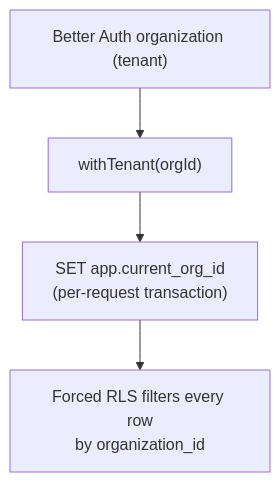
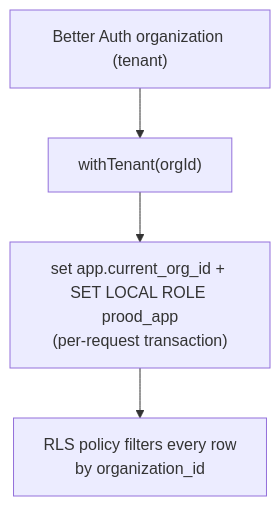
The diagram in apps/docs/content/docs/architecture/multi-tenant.mdx (rodrigobarona/prood-commerce-platform), drawn with Mermaid before and after one commit. The commit also changed other lines of this file and 90 other files, not shown here.

````diff
--- a/apps/docs/content/docs/architecture/multi-tenant.mdx
+++ b/apps/docs/content/docs/architecture/multi-tenant.mdx
@@ -23,9 +23,9 @@
 ```mermaid
 flowchart TB
   ORG["Better Auth organization (tenant)"]
   WT["withTenant(orgId)"]
-  SET["SET app.current_org_id<br/>(per-request transaction)"]
-  RLS["Forced RLS filters every row<br/>by organization_id"]
+  SET["set app.current_org_id + SET LOCAL ROLE prood_app<br/>(per-request transaction)"]
+  RLS["RLS policy filters every row<br/>by organization_id"]
 
   ORG --> WT --> SET --> RLS
 ```
````
